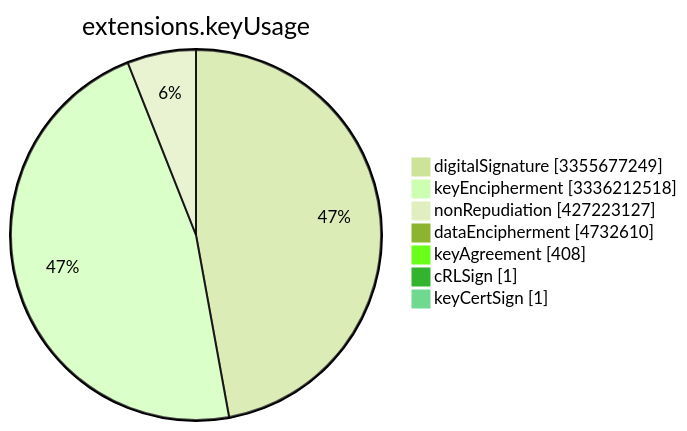
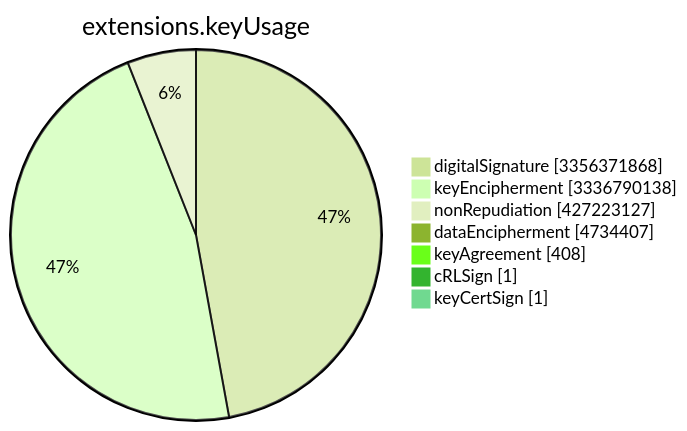
The sixth of 15 diagrams in TOTAL/README.md (christiankrug/ctmonitor_visualization), drawn with Mermaid (forest theme) before and after one commit. The commit also changed other lines of this file, not shown here.

````diff
--- a/TOTAL/README.md
+++ b/TOTAL/README.md
@@ -3079,11 +3079,11 @@
 ```mermaid
 pie showData
 title extensions.keyUsage
-"digitalSignature" :3355677249
-"keyEncipherment" :3336212518
+"digitalSignature" :3356371868
+"keyEncipherment" :3336790138
 "nonRepudiation" :427223127
-"dataEncipherment" :4732610
+"dataEncipherment" :4734407
 "keyAgreement" :408
 "cRLSign" :1
 "keyCertSign" :1
 ```
````
